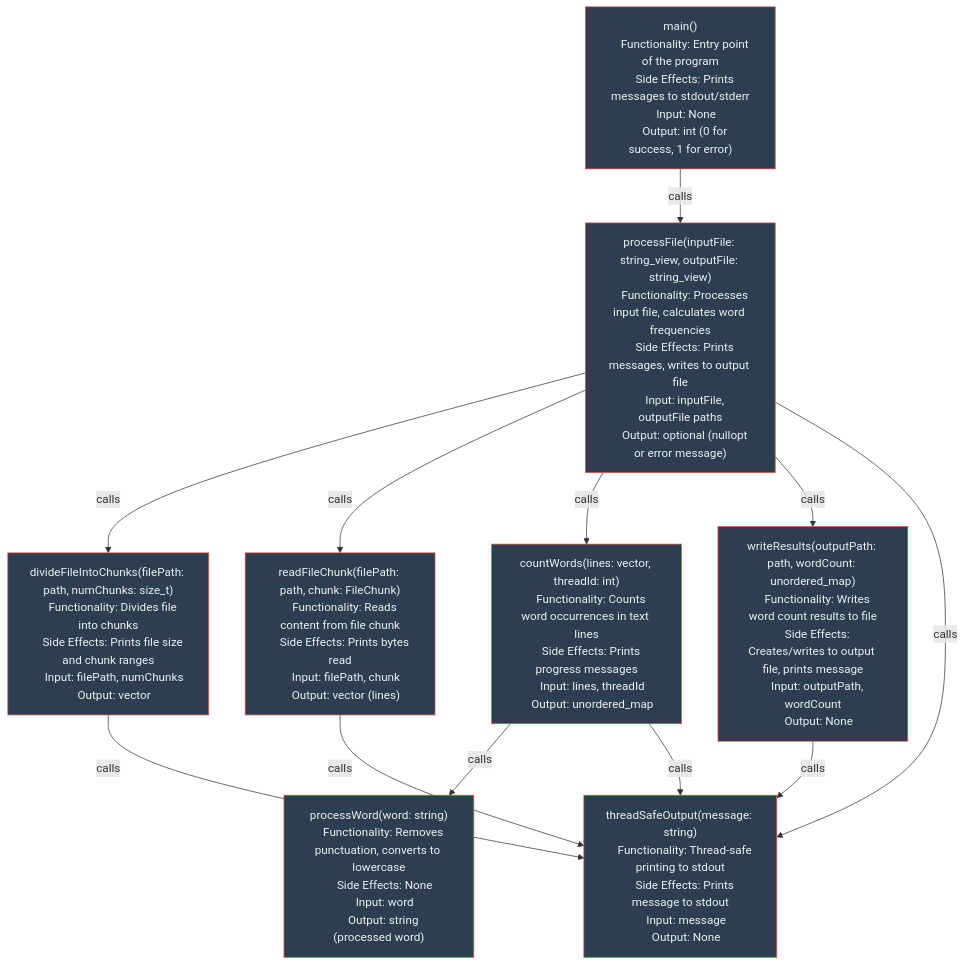
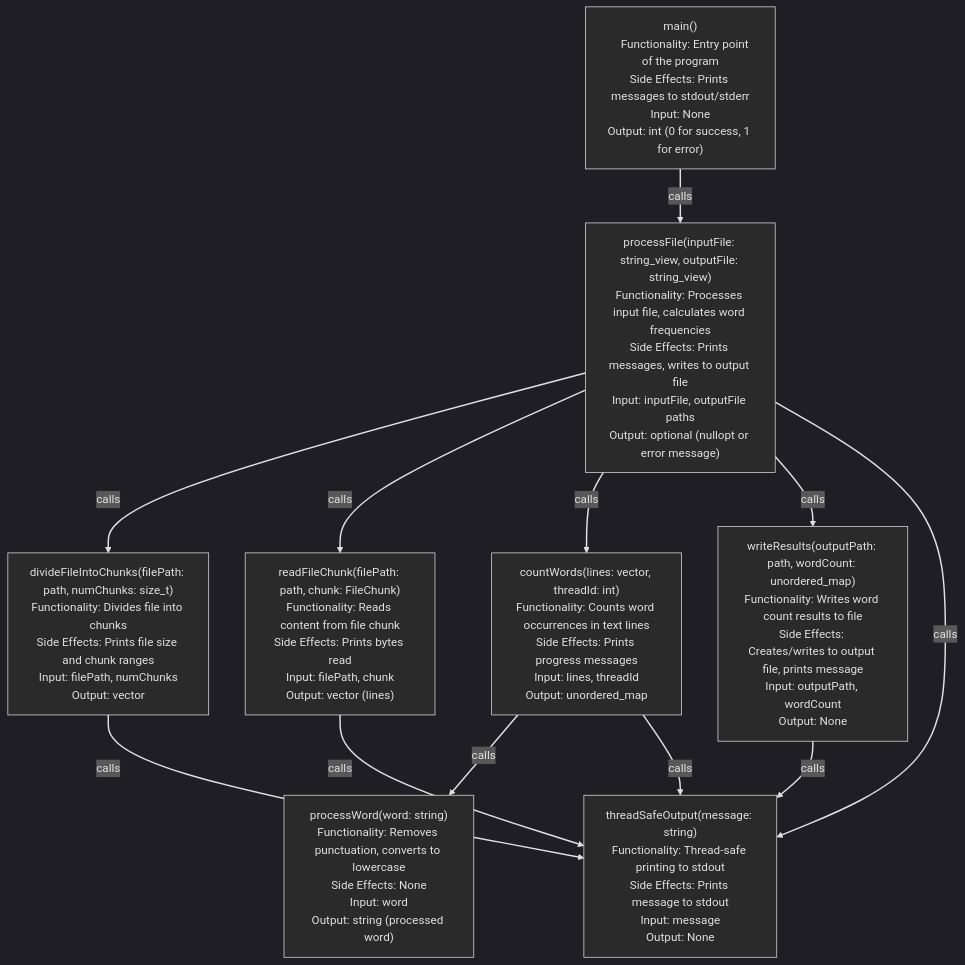
The diagram in word_count_cpp/README.md (wubin28/wuzhenbens_playground), drawn with Mermaid before and after one commit.

Commit message:
docs:word_count_cpp: update the theme of the function call diagram to fit dark background

````diff
--- a/word_count_cpp/README.md
+++ b/word_count_cpp/README.md
@@ -7,64 +7,67 @@
 ```mermaid
+%%{init: {'theme': 'dark', 'themeVariables': { 'primaryColor': '#e0e0e0', 'textColor': '#e0e0e0', 'lineColor': '#e0e0e0'}}}%%
 flowchart TD
-    classDef default fill:#2C3E50,stroke:#E74C3C,color:#ECF0F1;
+    classDef default fill:#2a2a2a,stroke:#e0e0e0,color:#e0e0e0;
 
     main["main()
     Functionality: Entry point of the program
-    Side Effects: Prints messages to stdout/stderr
-    Input: None
-    Output: int (0 for success, 1 for error)"]
+Side Effects: Prints messages to stdout/stderr
+Input: None
+Output: int (0 for success, 1 for error)"]
 
-    processFile["processFile(inputFile: string_view, outputFile: string_view)
-    Functionality: Processes input file, calculates word frequencies
-    Side Effects: Prints messages, writes to output file
-    Input: inputFile, outputFile paths
-    Output: optional<string> (nullopt or error message)"]
+processFile["processFile(inputFile: string_view, outputFile: string_view)
+Functionality: Processes input file, calculates word frequencies
+Side Effects: Prints messages, writes to output file
+Input: inputFile, outputFile paths
+Output: optional<string> (nullopt or error message)"]
 
-    divideFileIntoChunks["divideFileIntoChunks(filePath: path, numChunks: size_t)
-    Functionality: Divides file into chunks
-    Side Effects: Prints file size and chunk ranges
-    Input: filePath, numChunks
-    Output: vector<FileChunk>"]
+divideFileIntoChunks["divideFileIntoChunks(filePath: path, numChunks: size_t)
+Functionality: Divides file into chunks
+Side Effects: Prints file size and chunk ranges
+Input: filePath, numChunks
+Output: vector<FileChunk>"]
 
-    readFileChunk["readFileChunk(filePath: path, chunk: FileChunk)
-    Functionality: Reads content from file chunk
-    Side Effects: Prints bytes read
-    Input: filePath, chunk
-    Output: vector<string> (lines)"]
+readFileChunk["readFileChunk(filePath: path, chunk: FileChunk)
+Functionality: Reads content from file chunk
+Side Effects: Prints bytes read
+Input: filePath, chunk
+Output: vector<string> (lines)"]
 
-    countWords["countWords(lines: vector<string>, threadId: int)
-    Functionality: Counts word occurrences in text lines
-    Side Effects: Prints progress messages
-    Input: lines, threadId
-    Output: unordered_map<string, size_t>"]
+countWords["countWords(lines: vector<string>, threadId: int)
+Functionality: Counts word occurrences in text lines
+Side Effects: Prints progress messages
+Input: lines, threadId
+Output: unordered_map<string, size_t>"]
 
-    processWord["processWord(word: string)
-    Functionality: Removes punctuation, converts to lowercase
-    Side Effects: None
-    Input: word
-    Output: string (processed word)"]
+processWord["processWord(word: string)
+Functionality: Removes punctuation, converts to lowercase
+Side Effects: None
+Input: word
+Output: string (processed word)"]
 
-    writeResults["writeResults(outputPath: path, wordCount: unordered_map<string, size_t>)
-    Functionality: Writes word count results to file
-    Side Effects: Creates/writes to output file, prints message
-    Input: outputPath, wordCount
-    Output: None"]
+writeResults["writeResults(outputPath: path, wordCount: unordered_map<string, size_t>)
+Functionality: Writes word count results to file
+Side Effects: Creates/writes to output file, prints message
+Input: outputPath, wordCount
+Output: None"]
 
-    threadSafeOutput["threadSafeOutput(message: string)
-    Functionality: Thread-safe printing to stdout
-    Side Effects: Prints message to stdout
-    Input: message
-    Output: None"]
+threadSafeOutput["threadSafeOutput(message: string)
+Functionality: Thread-safe printing to stdout
+Side Effects: Prints message to stdout
+Input: message
+Output: None"]
 
-    main -->|calls| processFile
-    processFile -->|calls| divideFileIntoChunks
-    processFile -->|calls| readFileChunk
-    processFile -->|calls| countWords
-    processFile -->|calls| writeResults
-    processFile -->|calls| threadSafeOutput
-    countWords -->|calls| processWord
-    countWords -->|calls| threadSafeOutput
-    divideFileIntoChunks -->|calls| threadSafeOutput
-    readFileChunk -->|calls| threadSafeOutput
-    writeResults -->|calls| threadSafeOutput
+main -->|calls| processFile
+processFile -->|calls| divideFileIntoChunks
+processFile -->|calls| readFileChunk
+processFile -->|calls| countWords
+processFile -->|calls| writeResults
+processFile -->|calls| threadSafeOutput
+countWords -->|calls| processWord
+countWords -->|calls| threadSafeOutput
+divideFileIntoChunks -->|calls| threadSafeOutput
+readFileChunk -->|calls| threadSafeOutput
+writeResults -->|calls| threadSafeOutput
+
+linkStyle default stroke:#e0e0e0,stroke-width:2px
 ```
````
